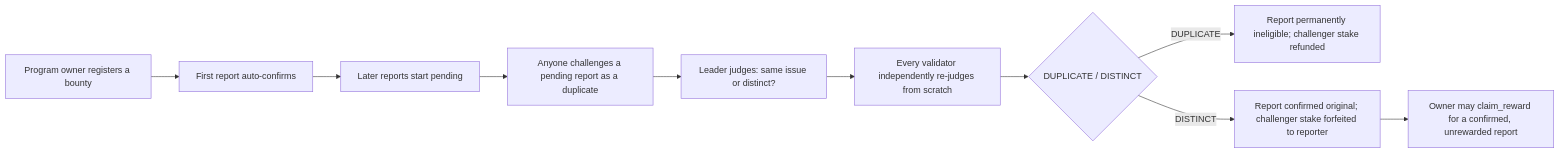
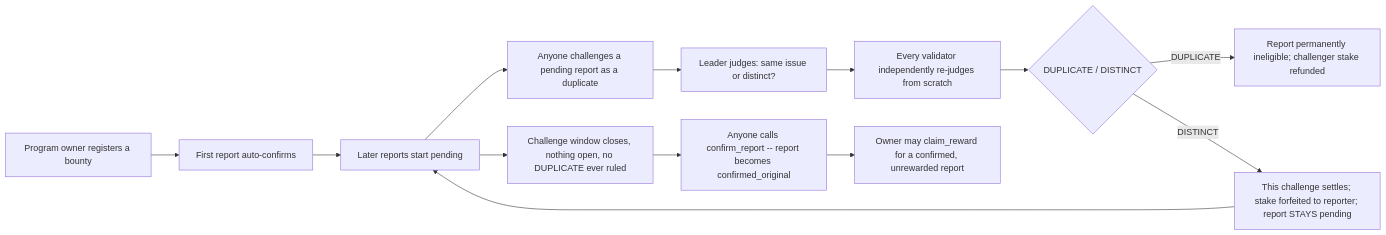
The diagram in README.md (Fortune9thx/disclosure-priority-gate), drawn with Mermaid before and after one commit. The commit also changed other lines of this file and 6 other files, not shown here.

````diff
--- a/README.md
+++ b/README.md
@@ -23,12 +23,15 @@
 ```mermaid
 flowchart LR
     A[Program owner registers a bounty] --> B[First report auto-confirms]
     B --> C[Later reports start pending]
     C --> D[Anyone challenges a pending report as a duplicate]
     D --> E[Leader judges: same issue or distinct?]
     E --> F[Every validator independently re-judges from scratch]
     F --> G{DUPLICATE / DISTINCT}
     G -->|DUPLICATE| H[Report permanently ineligible; challenger stake refunded]
-    G -->|DISTINCT| I[Report confirmed original; challenger stake forfeited to reporter]
-    I --> J[Owner may claim_reward for a confirmed, unrewarded report]
+    G -->|DISTINCT| I[This challenge settles; stake forfeited to reporter; report STAYS pending]
+    I --> C
+    C --> K[Challenge window closes, nothing open, no DUPLICATE ever ruled]
+    K --> L[Anyone calls confirm_report -- report becomes confirmed_original]
+    L --> J[Owner may claim_reward for a confirmed, unrewarded report]
 ```
````
